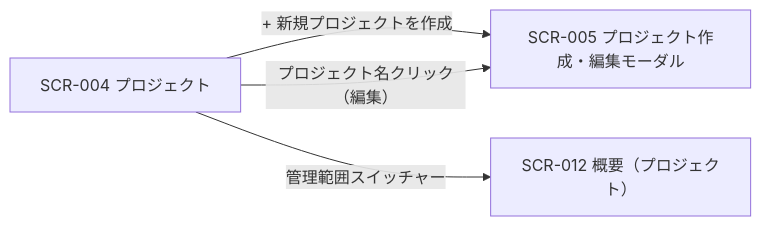
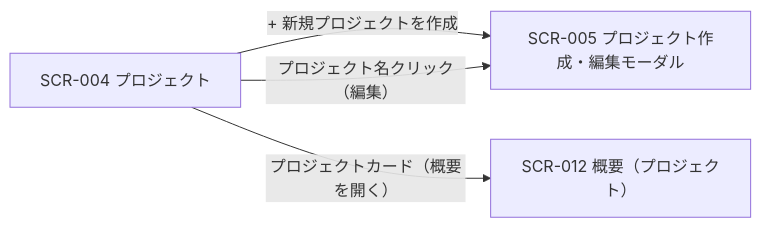
Before and after one commit to sikakou54/open-faq: the diagram in 02_basic_design/01_frontend/01_screens/SCR-004.md, drawn with Mermaid. The commit also changed other lines of this file and 294 other files, not shown here.

````diff
--- a/02_basic_design/01_frontend/01_screens/SCR-004.md
+++ b/02_basic_design/01_frontend/01_screens/SCR-004.md
@@ -21,9 +21,9 @@
 ```mermaid
 flowchart LR
   S1["SCR-004 プロジェクト"]
   S2["SCR-005 プロジェクト作成・編集モーダル"]
   S3["SCR-012 概要（プロジェクト）"]
   S1 -->|+ 新規プロジェクトを作成| S2
   S1 -->|プロジェクト名クリック（編集）| S2
-  S1 -->|管理範囲スイッチャー| S3
+  S1 -->|プロジェクトカード（概要を開く）| S3
 ```
````
